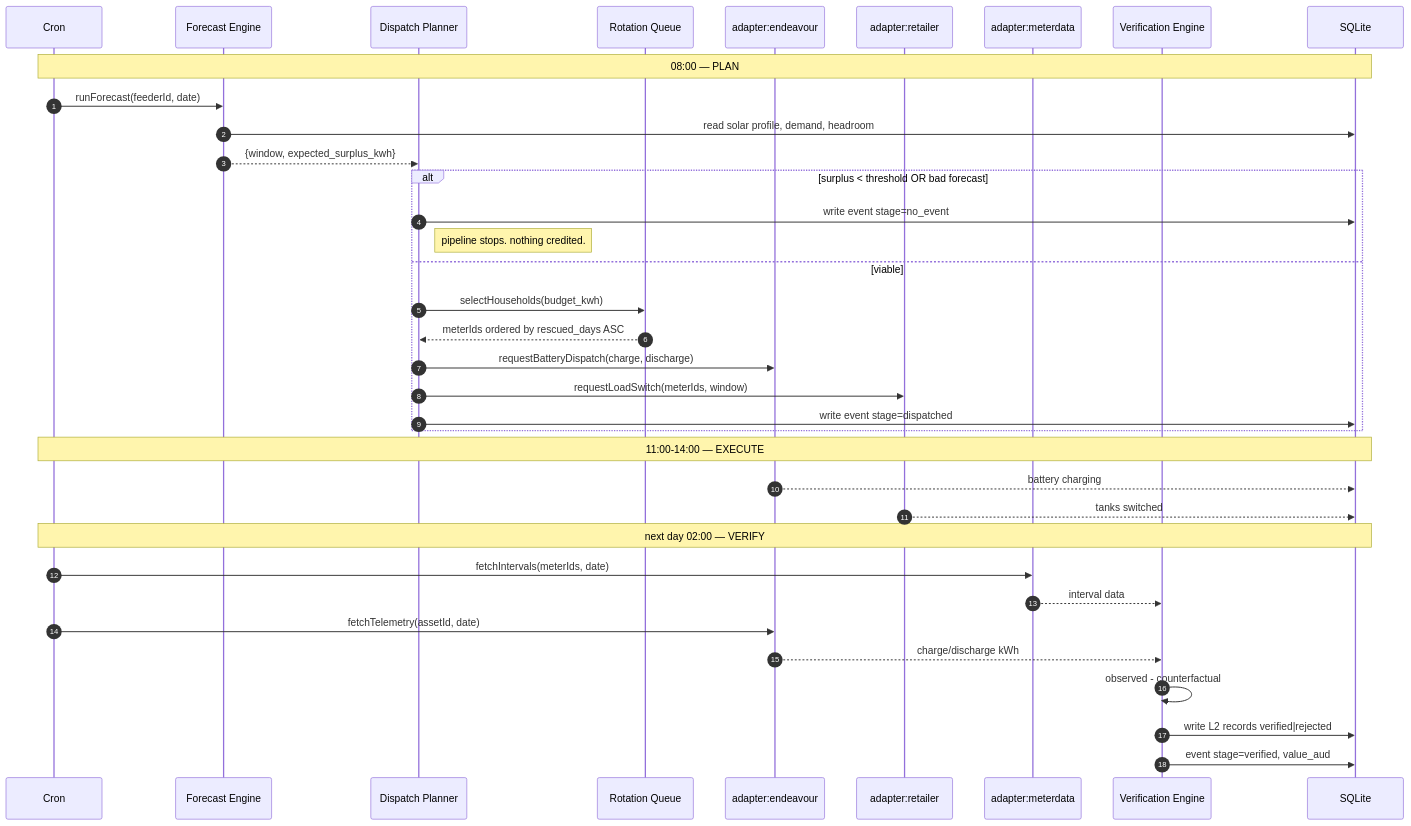
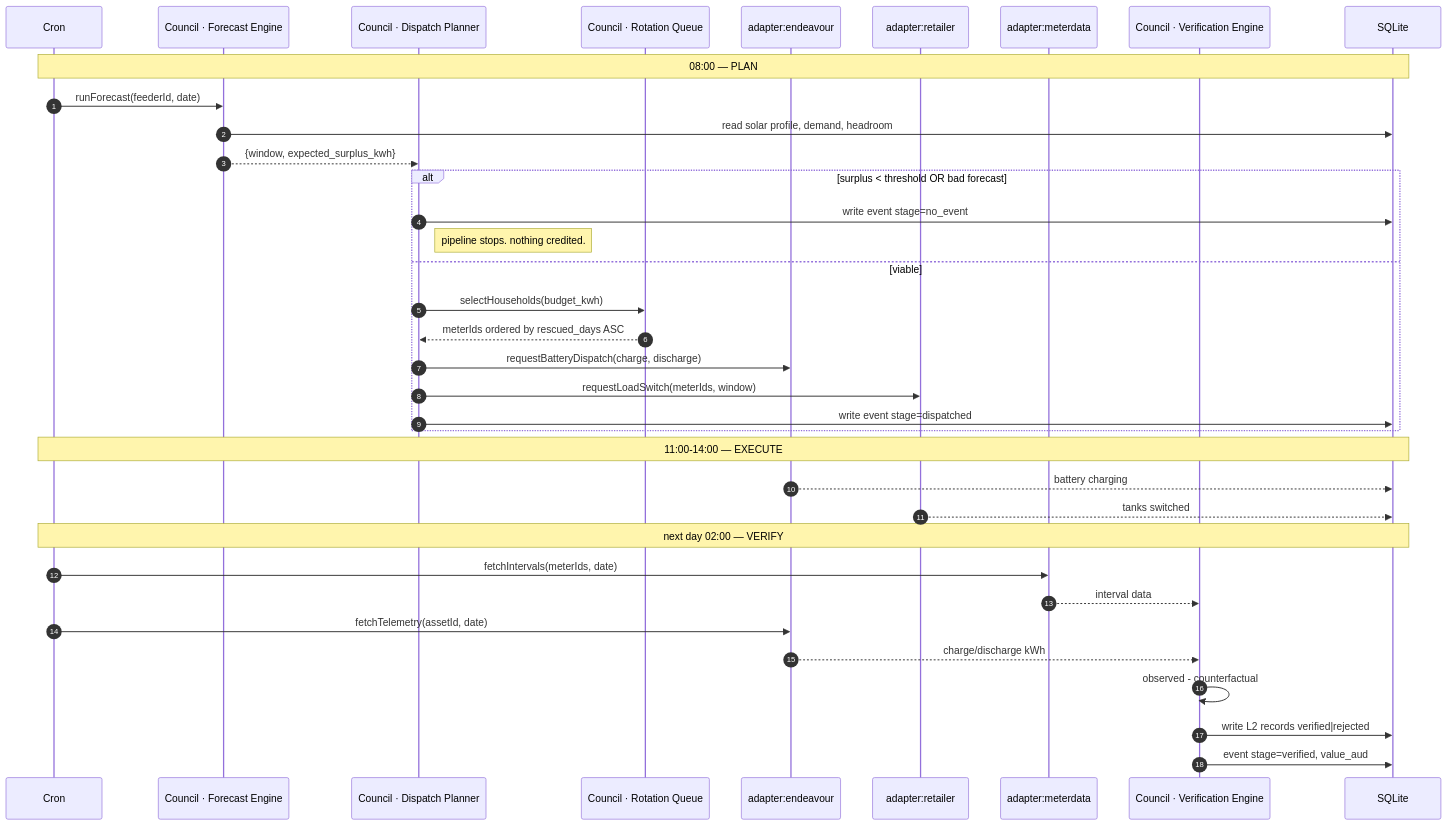
Before and after one commit to hong-nhung-nguyen/sunshine-wallet: the fifth of 9 diagrams in docs/sunshine_wallet-high_level-backend-flow.md, drawn with Mermaid. The commit also changed other lines of this file, not shown here.

First line of the commit message:
docs: make council ownership of the dispatch planner explicit

````diff
--- a/docs/sunshine_wallet-high_level-backend-flow.md
+++ b/docs/sunshine_wallet-high_level-backend-flow.md
@@ -281,42 +295,42 @@
 ```mermaid
 sequenceDiagram
   autonumber
   participant CR as Cron
-  participant FE as Forecast Engine
-  participant DP as Dispatch Planner
-  participant RQ as Rotation Queue
+  participant FE as Council · Forecast Engine
+  participant DP as Council · Dispatch Planner
+  participant RQ as Council · Rotation Queue
   participant EN as adapter:endeavour
   participant RT as adapter:retailer
   participant MD as adapter:meterdata
-  participant VE as Verification Engine
+  participant VE as Council · Verification Engine
   participant DB as SQLite
 
   Note over CR,DB: 08:00 — PLAN
   CR->>FE: runForecast(feederId, date)
   FE->>DB: read solar profile, demand, headroom
   FE-->>DP: {window, expected_surplus_kwh}
 
   alt surplus < threshold OR bad forecast
     DP->>DB: write event stage=no_event
     Note right of DP: pipeline stops. nothing credited.
   else viable
     DP->>RQ: selectHouseholds(budget_kwh)
     RQ-->>DP: meterIds ordered by rescued_days ASC
     DP->>EN: requestBatteryDispatch(charge, discharge)
     DP->>RT: requestLoadSwitch(meterIds, window)
     DP->>DB: write event stage=dispatched
   end
 
   Note over CR,DB: 11:00-14:00 — EXECUTE
   EN-->>DB: battery charging
   RT-->>DB: tanks switched
 
   Note over CR,DB: next day 02:00 — VERIFY
   CR->>MD: fetchIntervals(meterIds, date)
   MD-->>VE: interval data
   CR->>EN: fetchTelemetry(assetId, date)
   EN-->>VE: charge/discharge kWh
   VE->>VE: observed - counterfactual
   VE->>DB: write L2 records verified|rejected
   VE->>DB: event stage=verified, value_aud
 ```
````
